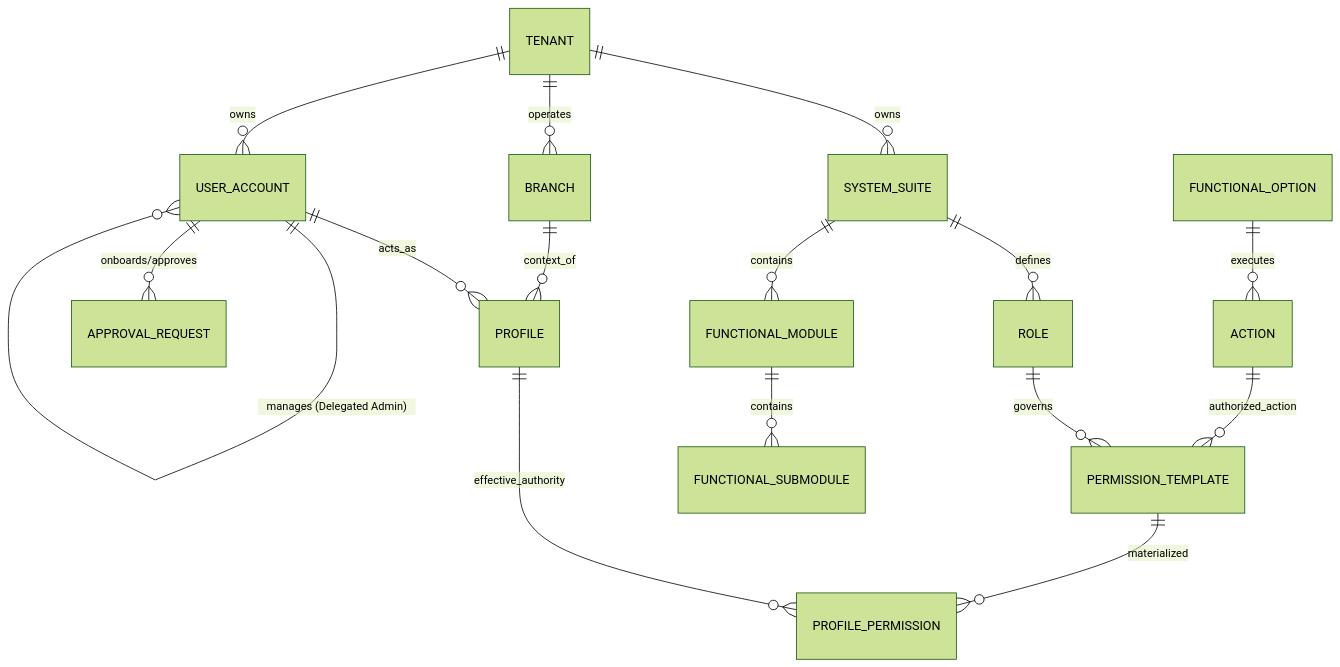
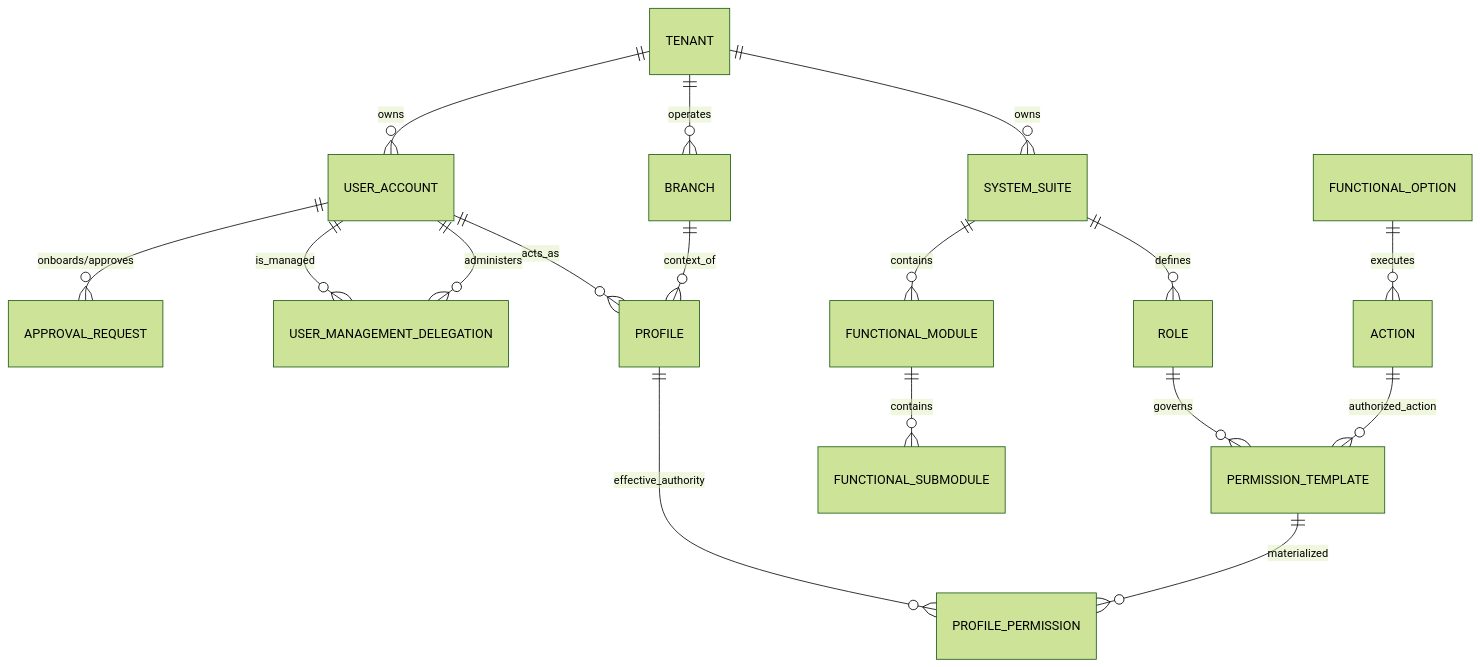
One commit to beyondnetcode/ums changed the first of 4 diagrams in architecture/blueprints/database-design-er.md. Above: the diagram before and after it, drawn with Mermaid (forest theme). The commit also changed other lines of this file and 4 other files, not shown here.

Commit message:
refactor(auth): evolve delegated administration to Many-to-Many model (USER_MANAGEMENT_DELEGATION)

````diff
--- a/architecture/blueprints/database-design-er.md
+++ b/architecture/blueprints/database-design-er.md
@@ -27,23 +27,24 @@
 ```mermaid
 erDiagram
     TENANT ||--o{ SYSTEM_SUITE : "owns"
     TENANT ||--o{ BRANCH : "operates"
     TENANT ||--o{ USER_ACCOUNT : "owns"
     SYSTEM_SUITE ||--o{ ROLE : "defines"
     SYSTEM_SUITE ||--o{ FUNCTIONAL_MODULE : "contains"
     
     ROLE ||--o{ PERMISSION_TEMPLATE : "governs"
     PERMISSION_TEMPLATE ||--o{ PROFILE_PERMISSION : "materialized"
     
     USER_ACCOUNT ||--o{ PROFILE : "acts_as"
-    USER_ACCOUNT ||--o{ USER_ACCOUNT : "manages (Delegated Admin)"
+    USER_ACCOUNT ||--o{ USER_MANAGEMENT_DELEGATION : "administers"
+    USER_ACCOUNT ||--o{ USER_MANAGEMENT_DELEGATION : "is_managed"
     USER_ACCOUNT ||--o{ APPROVAL_REQUEST : "onboards/approves"
     
     BRANCH ||--o{ PROFILE : "context_of"
     PROFILE ||--o{ PROFILE_PERMISSION : "effective_authority"
     
     FUNCTIONAL_MODULE ||--o{ FUNCTIONAL_SUBMODULE : "contains"
     FUNCTIONAL_OPTION ||--o{ ACTION : "executes"
     
     ACTION ||--o{ PERMISSION_TEMPLATE : "authorized_action"
 ```
````
